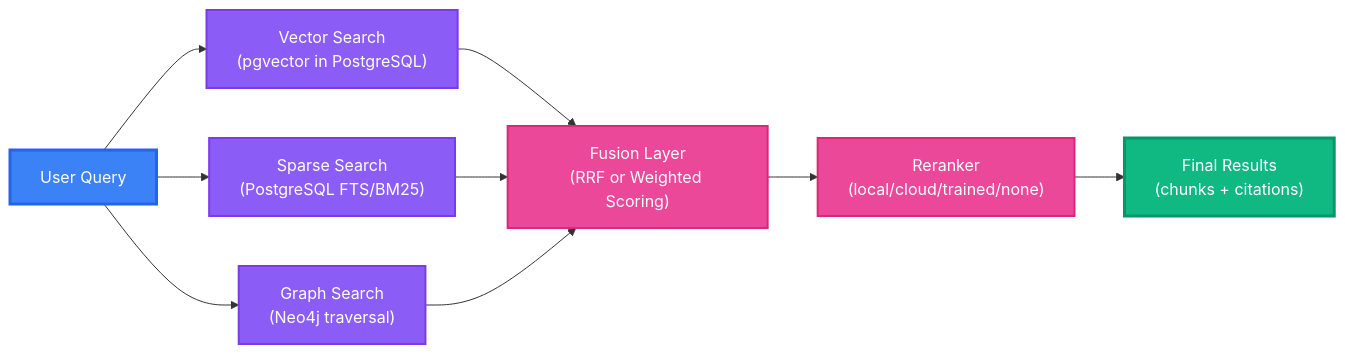
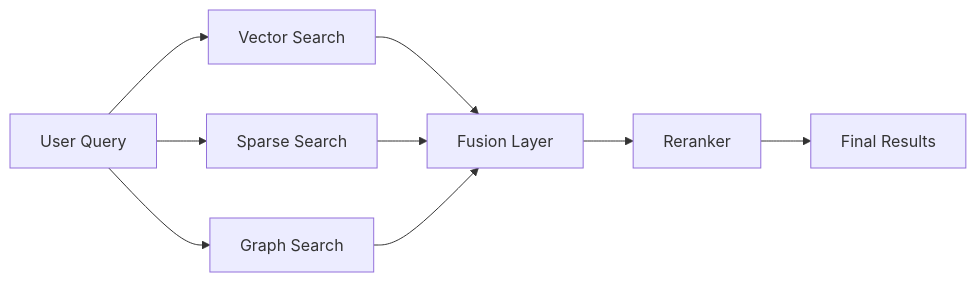
Before and after one commit to DMontgomery40/tribrid-rag: the diagram in mkdocs/docs/index.md, drawn with Mermaid. The commit also changed other lines of this file and 54 other files, not shown here.

````diff
--- a/mkdocs/docs/index.md
+++ b/mkdocs/docs/index.md
@@ -18,18 +64,11 @@
 ```mermaid
 flowchart LR
-    Query[User Query]:::input --> Vector["Vector Search\n(pgvector in PostgreSQL)"]:::search
-    Query --> Sparse["Sparse Search\n(PostgreSQL FTS/BM25)"]:::search
-    Query --> Graph["Graph Search\n(Neo4j traversal)"]:::search
-    
-    Vector --> Fusion["Fusion Layer\n(RRF or Weighted Scoring)"]:::process
+    Query[User Query] --> Vector[Vector Search]
+    Query --> Sparse[Sparse Search]
+    Query --> Graph[Graph Search]
+    Vector --> Fusion[Fusion Layer]
     Sparse --> Fusion
     Graph --> Fusion
-    
-    Fusion --> Rerank["Reranker\n(local/cloud/trained/none)"]:::process
-    Rerank --> Results["Final Results\n(chunks + citations)"]:::output
-    
-    classDef input fill:#3b82f6,stroke:#2563eb,stroke-width:3px,color:#fff
-    classDef search fill:#8b5cf6,stroke:#7c3aed,stroke-width:2px,color:#fff
-    classDef process fill:#ec4899,stroke:#db2777,stroke-width:2px,color:#fff
-    classDef output fill:#10b981,stroke:#059669,stroke-width:3px,color:#fff
+    Fusion --> Rerank[Reranker]
+    Rerank --> Results[Final Results]
 ```
````
